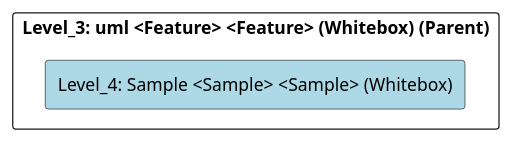
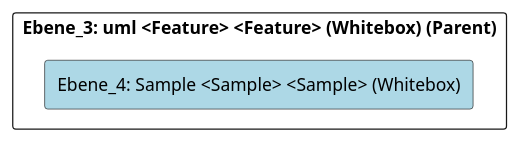
The diagram in doc/cleonproject_deliverables_architecture_model_architecture/adoc/de/05_bausteinsicht/cleon/modeling_languages/uml/sample/ebene_4_sample.adoc (marcozwyssig/cleon), drawn with PlantUML before and after one commit. The commit also changed other lines of this file and 214 other files, not shown here.

```diff
--- a/doc/cleonproject_deliverables_architecture_model_architecture/adoc/de/05_bausteinsicht/cleon/modeling_languages/uml/sample/ebene_4_sample.adoc
+++ b/doc/cleonproject_deliverables_architecture_model_architecture/adoc/de/05_bausteinsicht/cleon/modeling_languages/uml/sample/ebene_4_sample.adoc
@@ -24,24 +24,24 @@
-[plantuml, Level_4: Sample <Sample> <Sample> (Whitebox)BlockOverview, format="svg"]
+[plantuml, Ebene_4: Sample <Sample> <Sample> (Whitebox)BlockOverview, format="svg"]
 ----
-@startuml Level_4: Sample <Sample> <Sample> (Whitebox)BuildingBlockOverview
+@startuml Ebene_4: Sample <Sample> <Sample> (Whitebox)BuildingBlockOverview
 
 skinparam ranksep 10
 skinparam componentStyle rectangle
 skinparam shadowing false
 skinparam arrowColor lightblue
 skinparam arrowThickness 1.2
 skinparam rectangle {
   BackgroundColor White
   BorderColor #333
   RoundCorner 10
 }
 top to bottom direction
 
-component "Level_3: uml <Feature> <Feature> (Whitebox) (Parent)" {
-    component "Level_4: Sample <Sample> <Sample> (Whitebox)" #lightblue {
+component "Ebene_3: uml <Feature> <Feature> (Whitebox) (Parent)" {
+    component "Ebene_4: Sample <Sample> <Sample> (Whitebox)" #lightblue {
     }
 
 }
 
 @enduml
 ----
```
